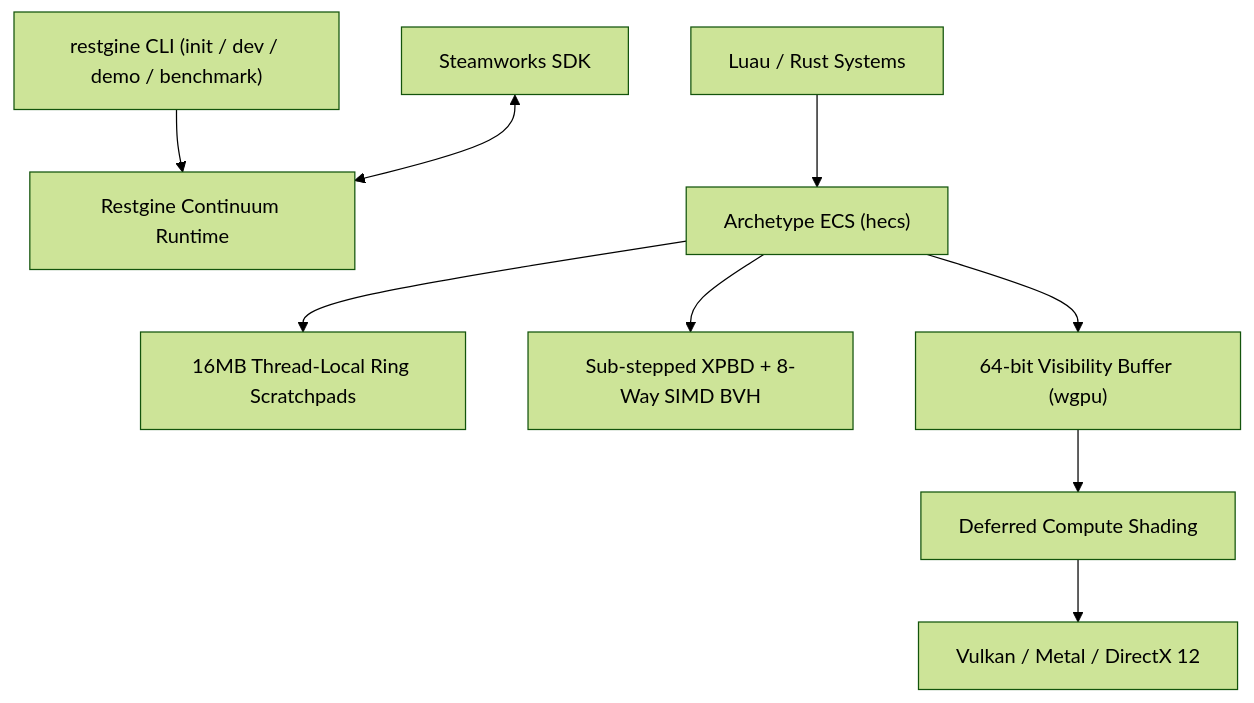
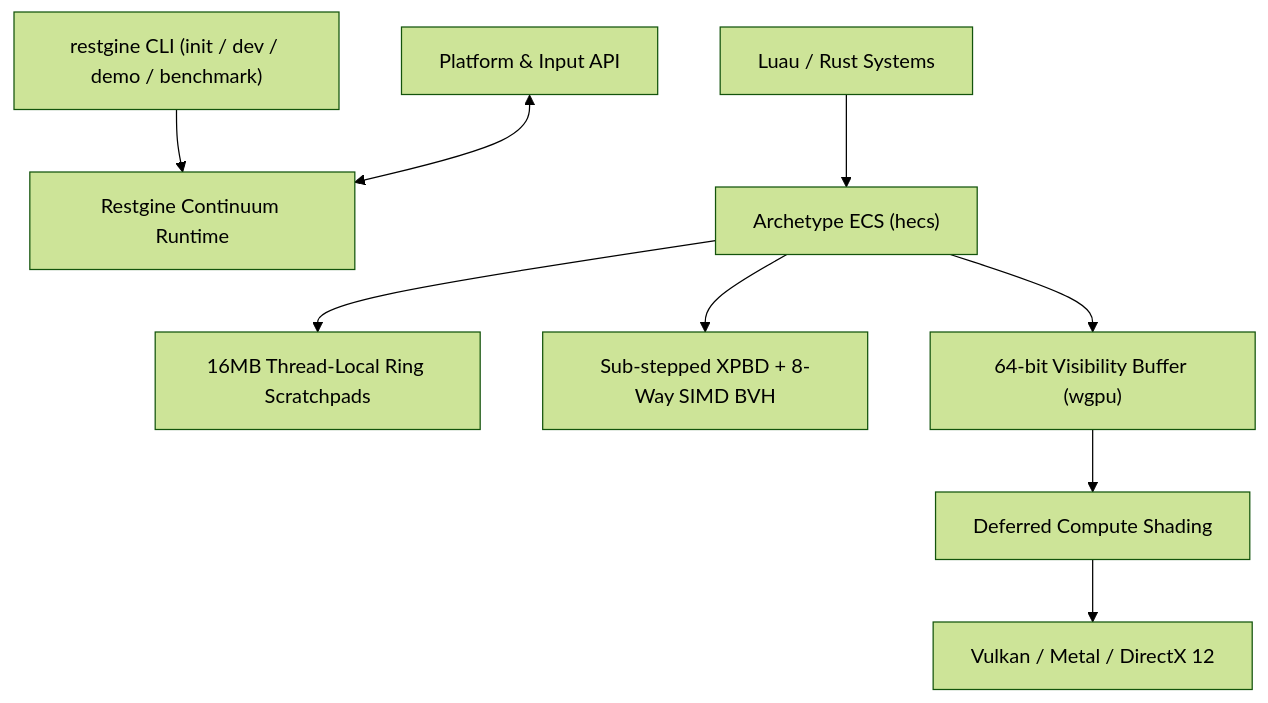
One commit to PilohWhy/restgine changed the diagram in README.md. Above: the diagram before and after it, drawn with Mermaid (forest theme). The commit also changed other lines of this file and 1 other file, not shown here.

Commit message:
docs: streamline benchmarks to uncapped FPS, focus intro on revolutionary architecture

````diff
--- a/README.md
+++ b/README.md
@@ -80,11 +61,11 @@
 ```mermaid
 flowchart TD
     CLI["restgine CLI (init / dev / demo / benchmark)"] --> Runtime
     Scripts["Luau / Rust Systems"] --> ECS["Archetype ECS (hecs)"]
     ECS --> Scratch["16MB Thread-Local Ring Scratchpads"]
     ECS --> Physics["Sub-stepped XPBD + 8-Way SIMD BVH"]
     ECS --> VisBuffer["64-bit Visibility Buffer (wgpu)"]
     VisBuffer --> Shading["Deferred Compute Shading"]
     Shading --> GPU["Vulkan / Metal / DirectX 12"]
-    Steam["Steamworks SDK"] <--> Runtime["Restgine Continuum Runtime"]
+    Platform["Platform & Input API"] <--> Runtime["Restgine Continuum Runtime"]
 ```
````
